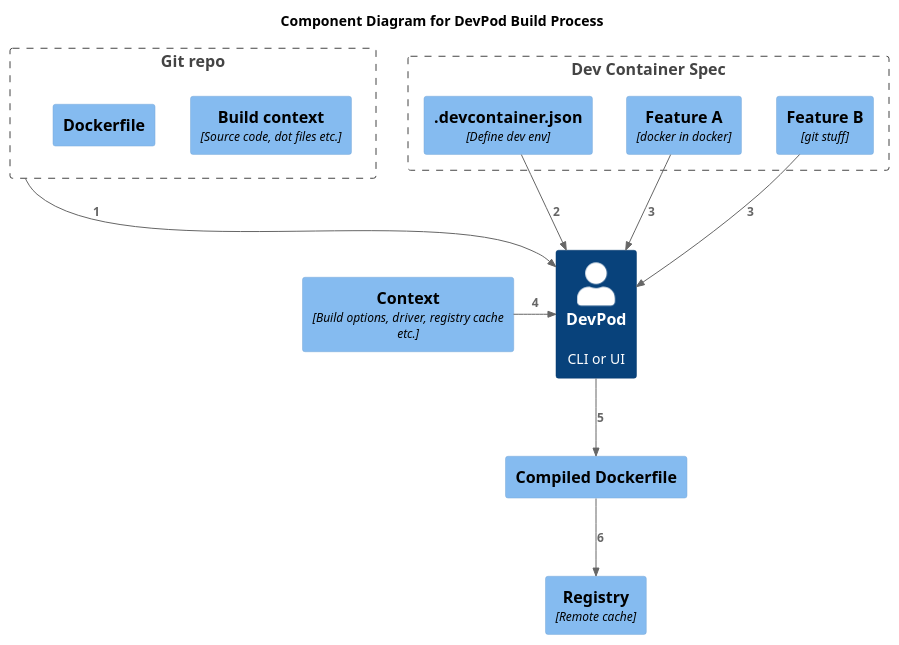
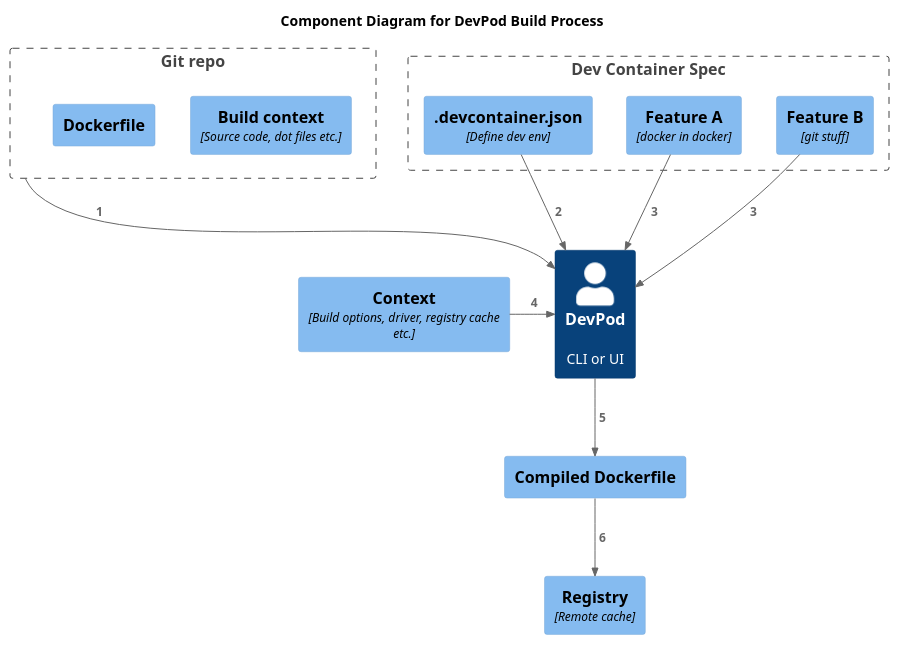
Before and after one commit to loft-sh/devpod: the diagram in docs/uml/c4_build.puml, drawn with PlantUML. The commit also changed 4 other files, not shown here.

```diff
--- a/docs/uml/c4_build.puml
+++ b/docs/uml/c4_build.puml
@@ -1,32 +1,32 @@
 @startuml
 !include https://raw.githubusercontent.com/plantuml-stdlib/C4-PlantUML/master/C4_Component.puml
 
 LAYOUT_TOP_DOWN()
 HIDE_STEREOTYPE()
 
 title Component Diagram for DevPod Build Process
 
 Person(user, "DevPod", "CLI or UI")
 Component(reg, "Registry", "Remote cache")
 Component(ctx, "Context", "Build options, driver, registry cache etc.")
 Component(cdf, "Compiled Dockerfile", "")
 
 Boundary(repo, "Git repo") {
   Component(bctx, "Build context", "Source code, dot files etc.")
   Component(df, "Dockerfile", "")
 }
 
 Boundary(cluster, "Dev Container Spec") {
   Component(dc, ".devcontainer.json", "Define dev env")
   Component(fa, "Feature A", "docker in docker")
   Component(fb, "Feature B", "git stuff")
 }
 
-Rel(repo, user, "1")
-Rel(dc, user, "2")
-Rel(fa, user, "3")
-Rel(fb, user, "3")
-Rel_Right(ctx, user, "4")
-Rel(user, cdf, "5")
-Rel(cdf, reg, "6")
+Rel(repo, user, " 1")
+Rel(dc, user, " 2")
+Rel(fa, user, " 3")
+Rel(fb, user, " 3")
+Rel_Right(ctx, user, " 4")
+Rel(user, cdf, " 5")
+Rel(cdf, reg, " 6")
 @enduml
```
